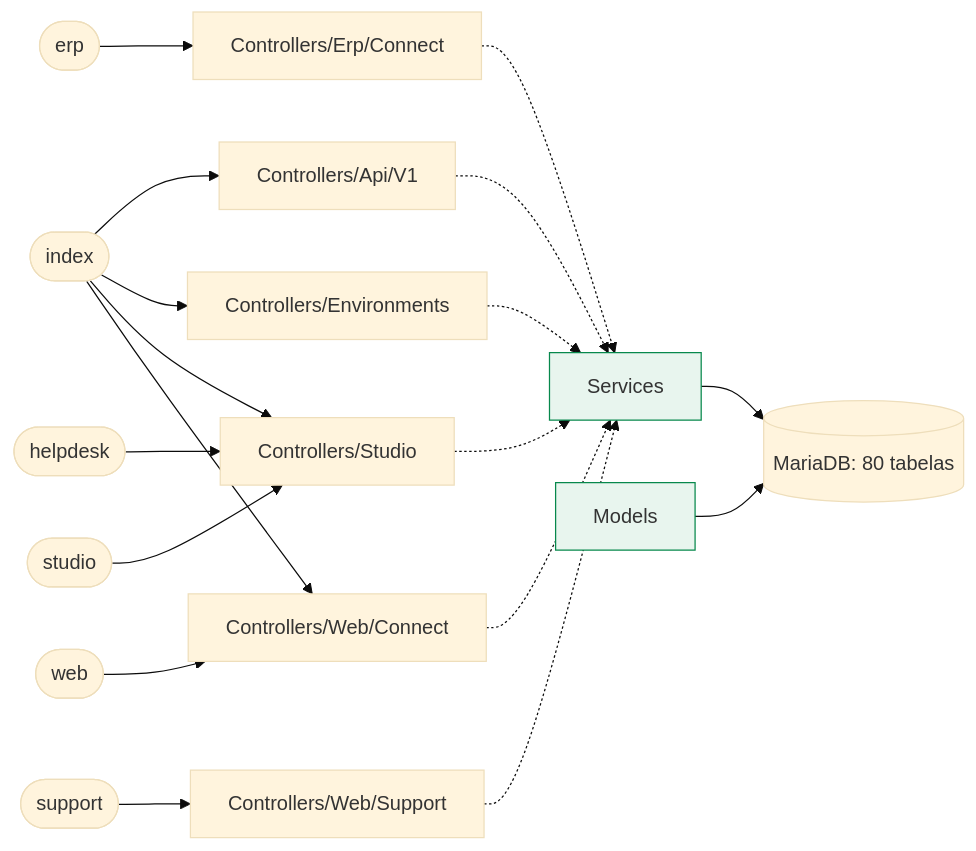
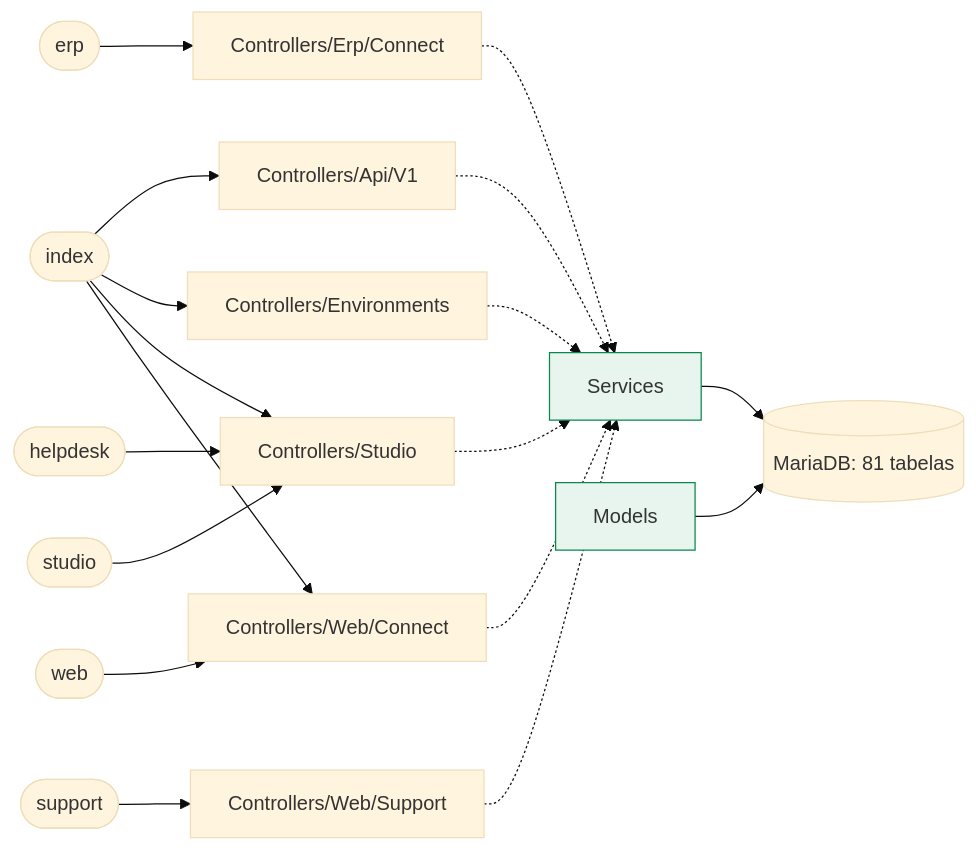
The first of 2 diagrams in docs/map/README.md (djalmamartins/connect-erp), drawn with Mermaid (base theme) before and after one commit. The commit also changed other lines of this file and 1 other file, not shown here.

````diff
--- a/docs/map/README.md
+++ b/docs/map/README.md
@@ -13,30 +13,30 @@
 ```mermaid
 flowchart LR
   env_erp(["erp"])
   env_erp --> pkg_Controllers_Erp_Connect["Controllers/Erp/Connect"]
   env_helpdesk(["helpdesk"])
   env_helpdesk --> pkg_Controllers_Studio["Controllers/Studio"]
   env_index(["index"])
   env_index --> pkg_Controllers_Api_V1["Controllers/Api/V1"]
   env_index --> pkg_Controllers_Environments["Controllers/Environments"]
   env_index --> pkg_Controllers_Studio["Controllers/Studio"]
   env_index --> pkg_Controllers_Web_Connect["Controllers/Web/Connect"]
   env_studio(["studio"])
   env_studio --> pkg_Controllers_Studio["Controllers/Studio"]
   env_support(["support"])
   env_support --> pkg_Controllers_Web_Support["Controllers/Web/Support"]
   env_web(["web"])
   env_web --> pkg_Controllers_Web_Connect["Controllers/Web/Connect"]
   pkg_svc["Services"]:::svc
   pkg_mdl["Models"]:::svc
-  db[("MariaDB: 80 tabelas")]
+  db[("MariaDB: 81 tabelas")]
   pkg_Controllers_Api_V1 -.-> pkg_svc
   pkg_Controllers_Environments -.-> pkg_svc
   pkg_Controllers_Erp_Connect -.-> pkg_svc
   pkg_Controllers_Studio -.-> pkg_svc
   pkg_Controllers_Web_Connect -.-> pkg_svc
   pkg_Controllers_Web_Support -.-> pkg_svc
   pkg_svc --> db
   pkg_mdl --> db
   classDef svc fill:#e8f5ee,stroke:#07884c
 ```
````
